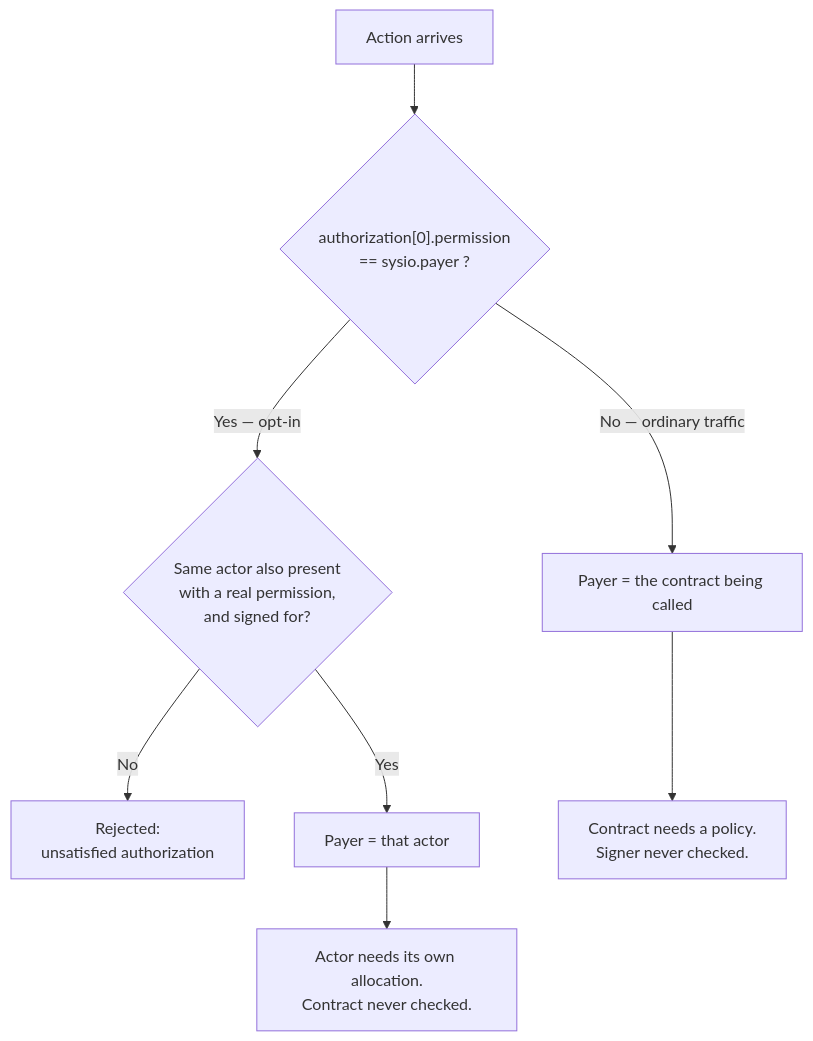
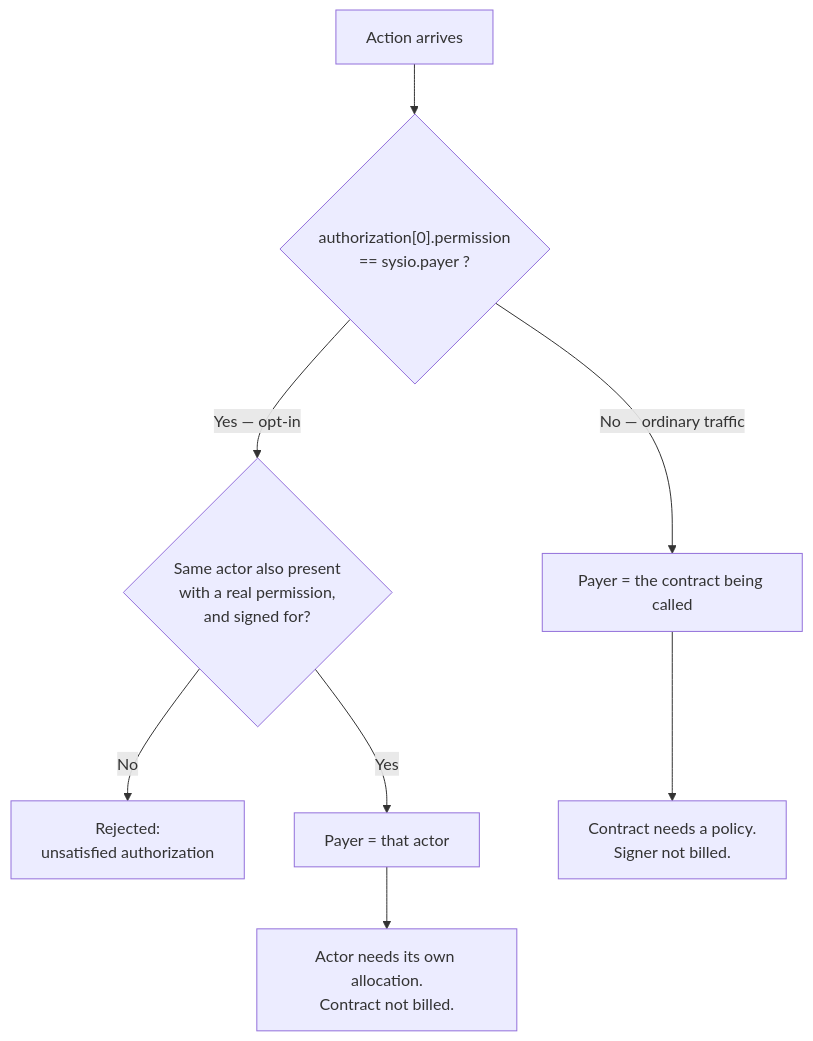
The diagram in docs/roa-overview.md (Wire-Network/wire-sysio), drawn with Mermaid before and after one commit. The commit also changed other lines of this file, not shown here.

````diff
--- a/docs/roa-overview.md
+++ b/docs/roa-overview.md
@@ -145,10 +146,10 @@
 ```mermaid
 flowchart TD
     A["Action arrives"] --> B{"authorization[0].permission<br/>== sysio.payer ?"}
     B -->|"No — ordinary traffic"| C["Payer = the contract being called"]
     B -->|"Yes — opt-in"| D{"Same actor also present<br/>with a real permission,<br/>and signed for?"}
     D -->|"No"| E["Rejected:<br/>unsatisfied authorization"]
     D -->|"Yes"| F["Payer = that actor"]
-    C --> G["Contract needs a policy.<br/>Signer never checked."]
-    F --> H["Actor needs its own allocation.<br/>Contract never checked."]
+    C --> G["Contract needs a policy.<br/>Signer not billed."]
+    F --> H["Actor needs its own allocation.<br/>Contract not billed."]
 ```
````
